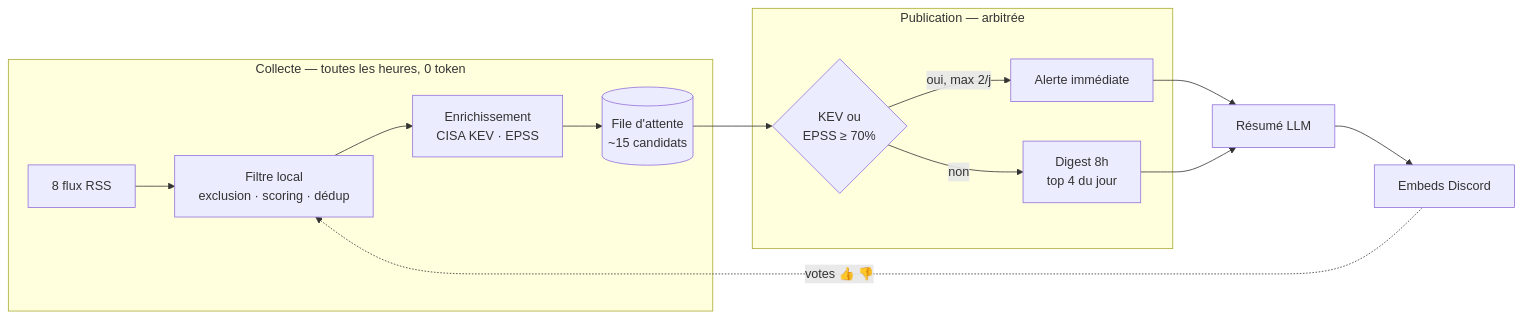
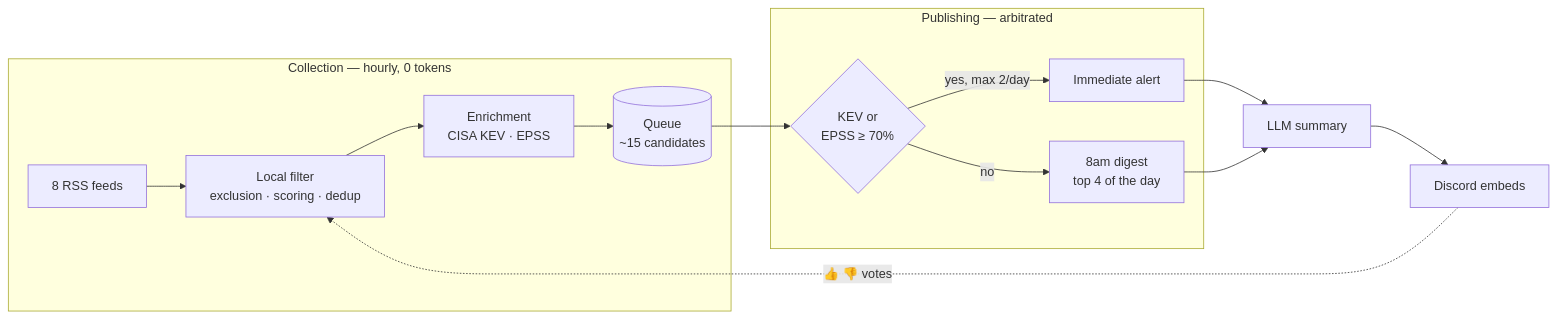
The first of 2 diagrams in README.md (Gemukii/CyberWatch), drawn with Mermaid before and after one commit. The commit also changed other lines of this file and 24 other files, not shown here.

````diff
--- a/README.md
+++ b/README.md
@@ -15,19 +15,19 @@
 ```mermaid
 flowchart LR
-    subgraph collecte["Collecte — toutes les heures, 0 token"]
-        RSS[8 flux RSS] --> F[Filtre local<br/>exclusion · scoring · dédup]
-        F --> E[Enrichissement<br/>CISA KEV · EPSS]
-        E --> Q[(File d'attente<br/>~15 candidats)]
+    subgraph collection["Collection — hourly, 0 tokens"]
+        RSS[8 RSS feeds] --> F[Local filter<br/>exclusion · scoring · dedup]
+        F --> E[Enrichment<br/>CISA KEV · EPSS]
+        E --> Q[(Queue<br/>~15 candidates)]
     end
 
-    subgraph publication["Publication — arbitrée"]
-        Q --> U{KEV ou<br/>EPSS ≥ 70%}
-        U -->|oui, max 2/j| ALERT[Alerte immédiate]
-        U -->|non| D[Digest 8h<br/>top 4 du jour]
+    subgraph publishing["Publishing — arbitrated"]
+        Q --> U{KEV or<br/>EPSS ≥ 70%}
+        U -->|yes, max 2/day| ALERT[Immediate alert]
+        U -->|no| D[8am digest<br/>top 4 of the day]
     end
 
-    ALERT --> LLM[Résumé LLM]
+    ALERT --> LLM[LLM summary]
     D --> LLM
-    LLM --> DIS[Embeds Discord]
-    DIS -.->|votes 👍 👎| F
+    LLM --> DIS[Discord embeds]
+    DIS -.->|👍 👎 votes| F
 ```
````
